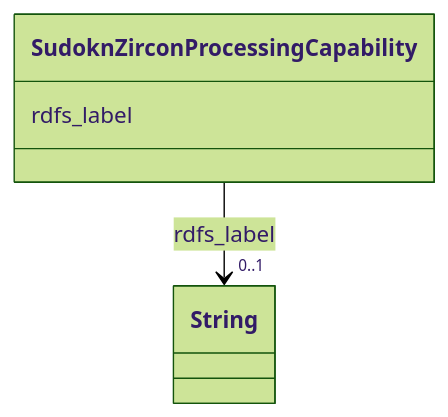
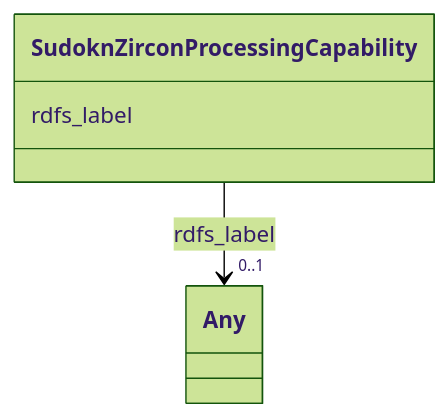
Before and after one commit to frink-okn/graph-descriptions: the diagram in sudokn-kg/classes/SudoknZirconProcessingCapability.md, drawn with Mermaid (forest theme). The commit also changed other lines of this file and 903 other files, not shown here.

````diff
--- a/sudokn-kg/classes/SudoknZirconProcessingCapability.md
+++ b/sudokn-kg/classes/SudoknZirconProcessingCapability.md
@@ -23,15 +18,15 @@
 ```mermaid
  classDiagram
     class SudoknZirconProcessingCapability
     click SudoknZirconProcessingCapability href "../SudoknZirconProcessingCapability"
       SudoknZirconProcessingCapability : rdfs_label
         
           
     
     
-    SudoknZirconProcessingCapability --> "0..1" String : rdfs_label
-    click String href "../String"
+    SudoknZirconProcessingCapability --> "0..1" Any : rdfs_label
+    click Any href "../Any"
 
         
       
 ```
````
